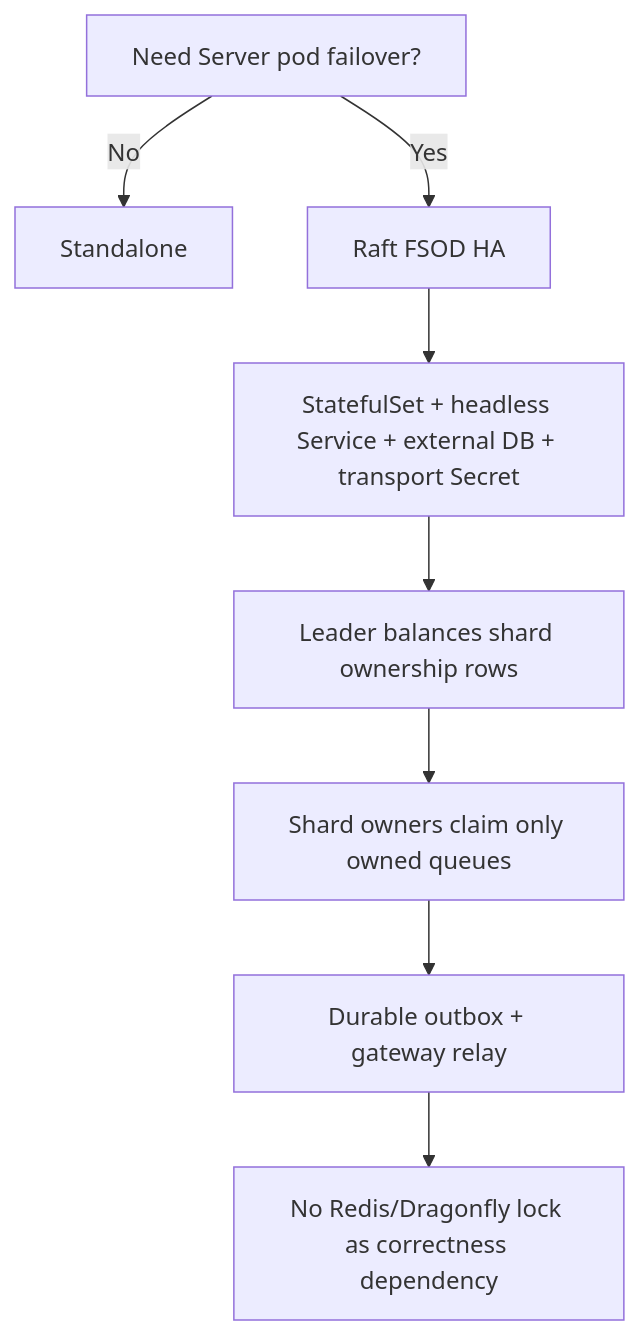
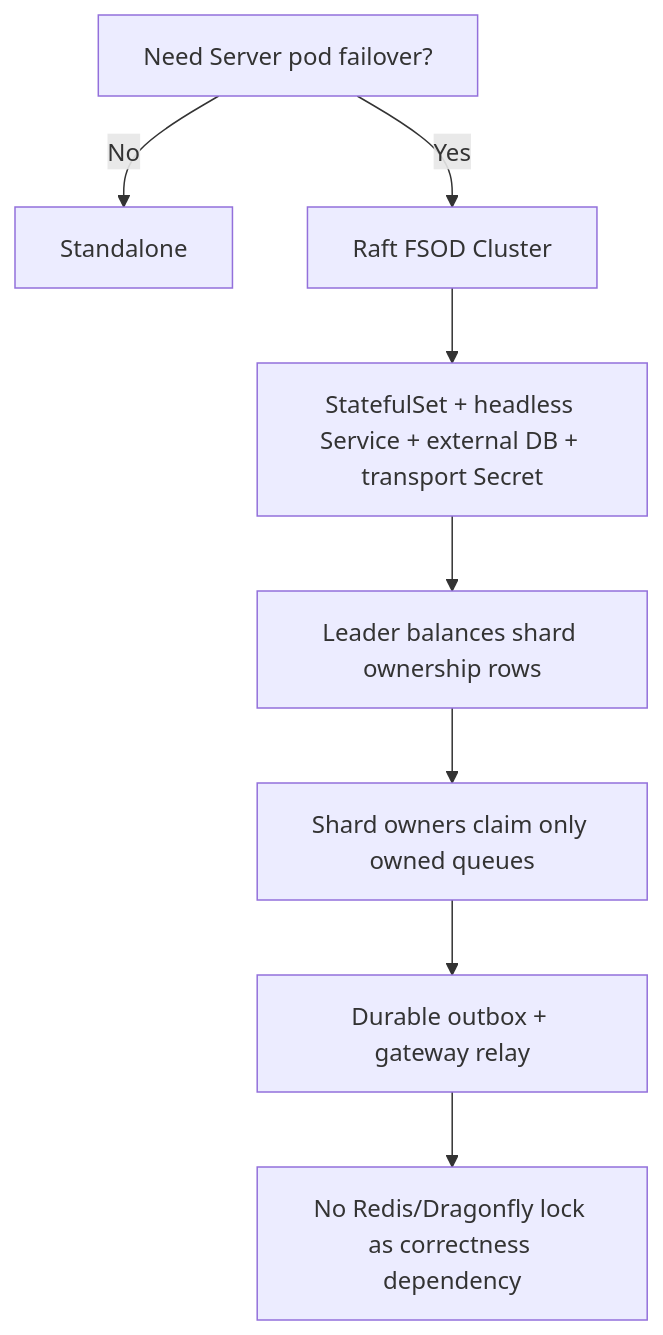
The third of 4 diagrams in docs/docs/deployment/server-ha.md (yhyzgn/tikeo), drawn with Mermaid before and after one commit. The commit also changed other lines of this file and 11 other files, not shown here.

First line of the commit message:
Name the Raft FSOD cluster architecture for operators

````diff
--- a/docs/docs/deployment/server-ha.md
+++ b/docs/docs/deployment/server-ha.md
@@ -106,10 +123,10 @@
 ```mermaid
 flowchart TD
   A[Need Server pod failover?] -->|No| B[Standalone]
-  A -->|Yes| C[Raft FSOD HA]
+  A -->|Yes| C[Raft FSOD Cluster]
   C --> D[StatefulSet + headless Service + external DB + transport Secret]
   D --> E[Leader balances shard ownership rows]
   E --> F[Shard owners claim only owned queues]
   F --> G[Durable outbox + gateway relay]
   G --> H[No Redis/Dragonfly lock as correctness dependency]
 ```
````
